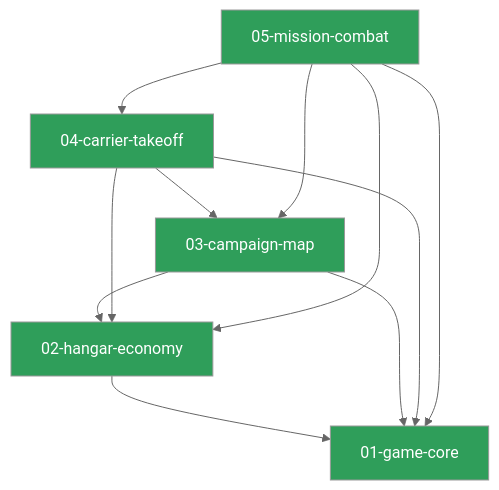
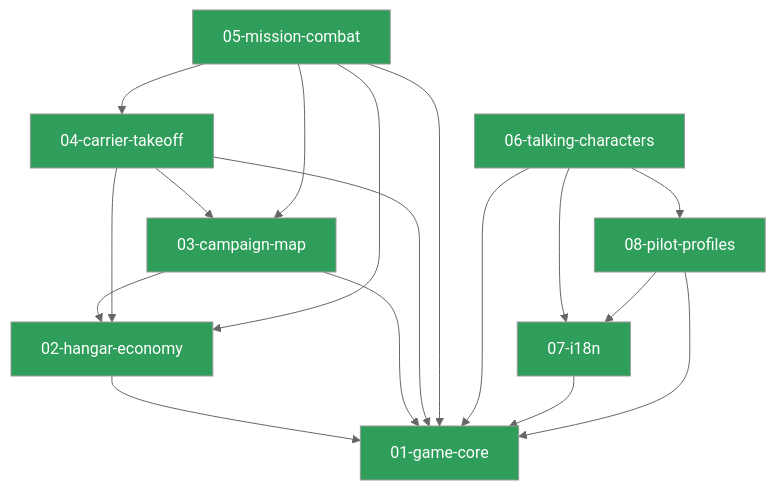
One commit to JanderHungrige/TopRun changed the diagram in .mdd/connections.md. Above: the diagram before and after it, drawn with Mermaid (neutral theme). The commit also changed other lines of this file and 87 other files, not shown here.

First line of the commit message:
feat: TopRun — talking characters, pilot profiles, German version, new music and logo

````diff
--- a/.mdd/connections.md
+++ b/.mdd/connections.md
@@ -25,22 +28,31 @@
 ```mermaid
 graph TD
   core[01-game-core]:::complete
   hangar[02-hangar-economy]:::complete
   map[03-campaign-map]:::complete
   takeoff[04-carrier-takeoff]:::complete
   mission[05-mission-combat]:::complete
+  chars[06-talking-characters]:::complete
+  i18n[07-i18n]:::complete
+  pilots[08-pilot-profiles]:::complete
   hangar --> core
   map --> core
   map --> hangar
   takeoff --> core
   takeoff --> hangar
   takeoff --> map
   mission --> core
   mission --> hangar
   mission --> map
   mission --> takeoff
+  chars --> core
+  chars --> i18n
+  chars --> pilots
+  i18n --> core
+  pilots --> core
+  pilots --> i18n
   classDef complete fill:#2f9e5a,color:#fff
   classDef in_progress fill:#d39b1f,color:#000
   classDef draft fill:#5c6f82,color:#fff
   classDef deprecated fill:#333,color:#aaa
 ```
````
